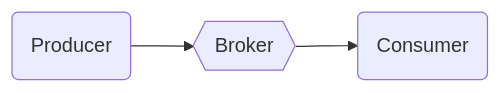
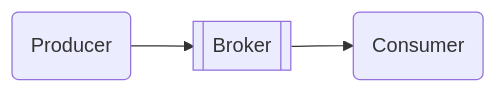
The second of 3 diagrams in collections/_skills/kafka/index.md (choesimin/choesimin.github.io), drawn with Mermaid before and after one commit. The commit also changed other lines of this file and 1 other file, not shown here.

````diff
--- a/collections/_skills/kafka/index.md
+++ b/collections/_skills/kafka/index.md
@@ -44,9 +44,9 @@
 ```mermaid
 flowchart LR
     producer(Producer)
-    broker{{Broker}}
+    broker[[Broker]]
     consumer(Consumer)
 
     producer --> broker
     broker --> consumer
 ```
````
